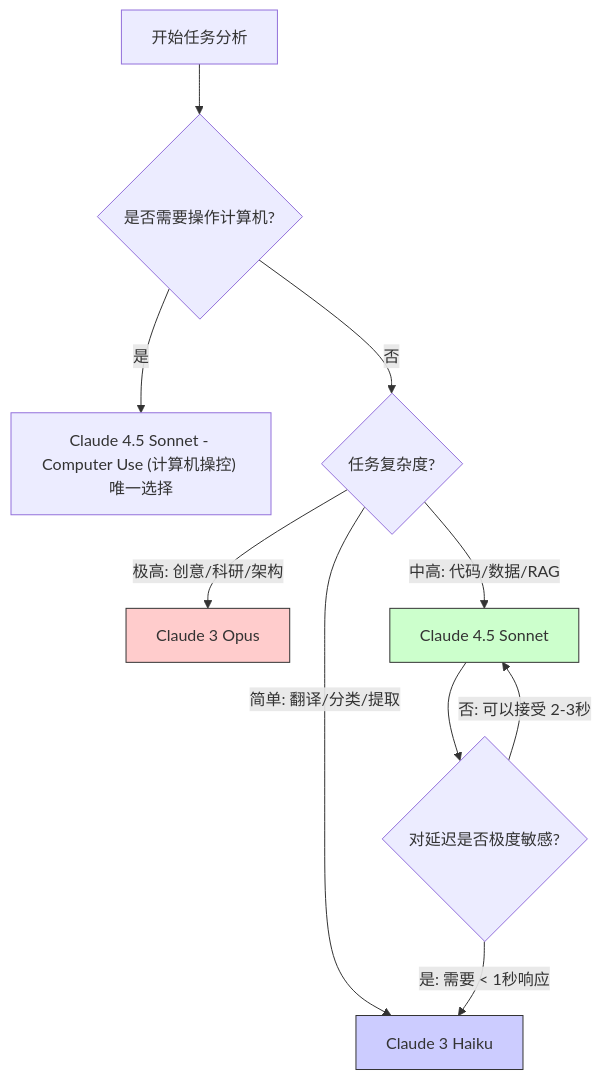
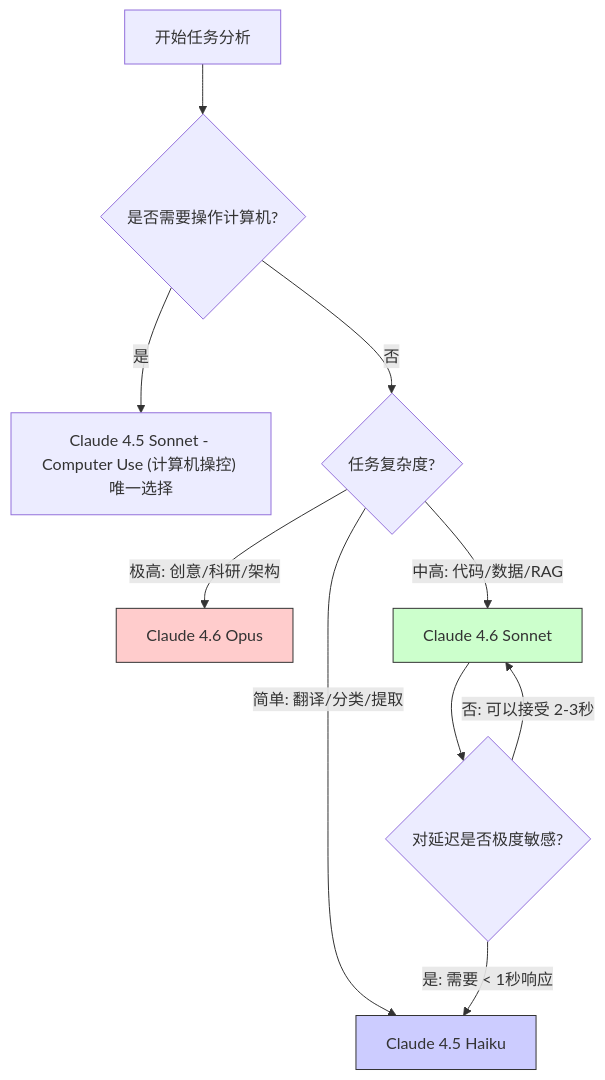
One commit to yeasy/claude_guide changed the first of 2 diagrams in 01_intro/1.4_model_selection.md. Above: the diagram before and after it, drawn with Mermaid. The commit also changed other lines of this file and 15 other files, not shown here.

````diff
--- a/01_intro/1.4_model_selection.md
+++ b/01_intro/1.4_model_selection.md
@@ -17,18 +17,18 @@
 ```mermaid
 graph TD
     Start["开始任务分析"] --> Q1{"是否需要操作计算机?"}
     Q1 -- "是" --> OpCS["Claude 4.5 Sonnet - Computer Use (计算机操控) 唯一选择"]
     Q1 -- "否" --> Q2{"任务复杂度?"}
     
-    Q2 -- "极高: 创意/科研/架构" --> Opus["Claude 3 Opus"]
-    Q2 -- "中高: 代码/数据/RAG" --> Sonnet["Claude 4.5 Sonnet"]
-    Q2 -- "简单: 翻译/分类/提取" --> Haiku["Claude 3 Haiku"]
+    Q2 -- "极高: 创意/科研/架构" --> Opus["Claude 4.6 Opus"]
+    Q2 -- "中高: 代码/数据/RAG" --> Sonnet["Claude 4.6 Sonnet"]
+    Q2 -- "简单: 翻译/分类/提取" --> Haiku["Claude 4.5 Haiku"]
     
     Sonnet --> Q3{"对延迟是否极度敏感?"}
     Q3 -- "是: 需要 < 1秒响应" --> Haiku
     Q3 -- "否: 可以接受 2-3秒" --> Sonnet
     
     style Opus fill:#ffcccc,stroke:#333
     style Sonnet fill:#ccffcc,stroke:#333
     style Haiku fill:#ccccff,stroke:#333
 ```
````
